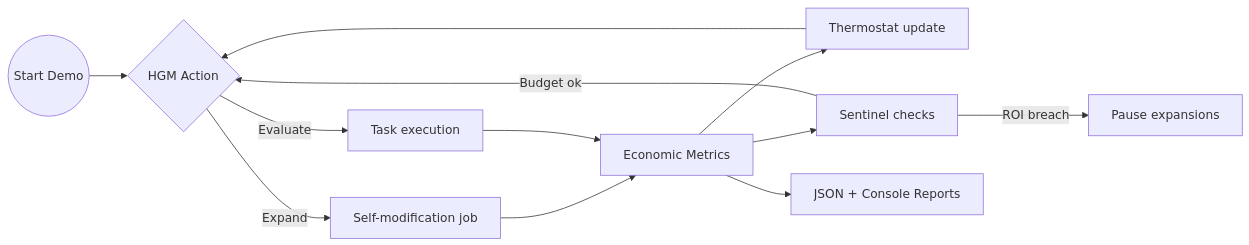
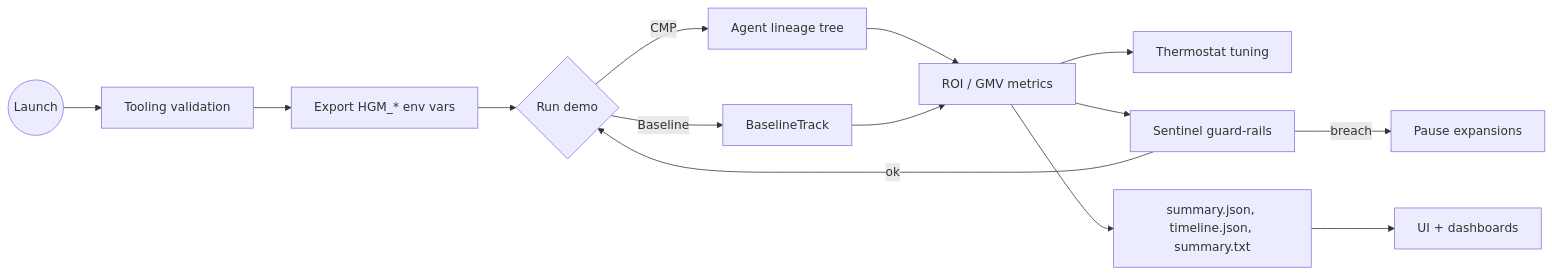
Before and after one commit to MontrealAI/AGIJobsv0: the second of 2 diagrams in demo/Huxley-Godel-Machine-v0/README.md, drawn with Mermaid. The commit also changed other lines of this file and 6 other files, not shown here.

````diff
--- a/demo/Huxley-Godel-Machine-v0/README.md
+++ b/demo/Huxley-Godel-Machine-v0/README.md
@@ -106,14 +100,16 @@
 ```mermaid
 flowchart LR
-    Start((Start Demo)) --> SampleHGM{HGM Action}
-    SampleHGM -->|Expand| ExpandTask[Self-modification job]
-    SampleHGM -->|Evaluate| EvaluateTask[Task execution]
-    ExpandTask --> Metrics[Economic Metrics]
-    EvaluateTask --> Metrics
-    Metrics --> ThermostatAdjust[Thermostat update]
-    ThermostatAdjust --> SampleHGM
-    Metrics --> SentinelCheck[Sentinel checks]
-    SentinelCheck -->|ROI breach| PauseExpansions[Pause expansions]
-    SentinelCheck -->|Budget ok| SampleHGM
-    Metrics --> Dashboard[JSON + Console Reports]
+    Start((Launch)) --> Validate[Tooling validation]
+    Validate --> Configure[Export HGM_* env vars]
+    Configure --> Simulate{Run demo}
+    Simulate -->|CMP| Lineage[Agent lineage tree]
+    Simulate -->|Baseline| BaselineTrack
+    Lineage --> Metrics[ROI / GMV metrics]
+    BaselineTrack --> Metrics
+    Metrics --> ThermostatAdjust[Thermostat tuning]
+    Metrics --> SentinelCheck[Sentinel guard-rails]
+    SentinelCheck -->|breach| Halt[Pause expansions]
+    SentinelCheck -->|ok| Simulate
+    Metrics --> Artefacts[summary.json, timeline.json, summary.txt]
+    Artefacts --> Observatory[UI + dashboards]
 ```
````
